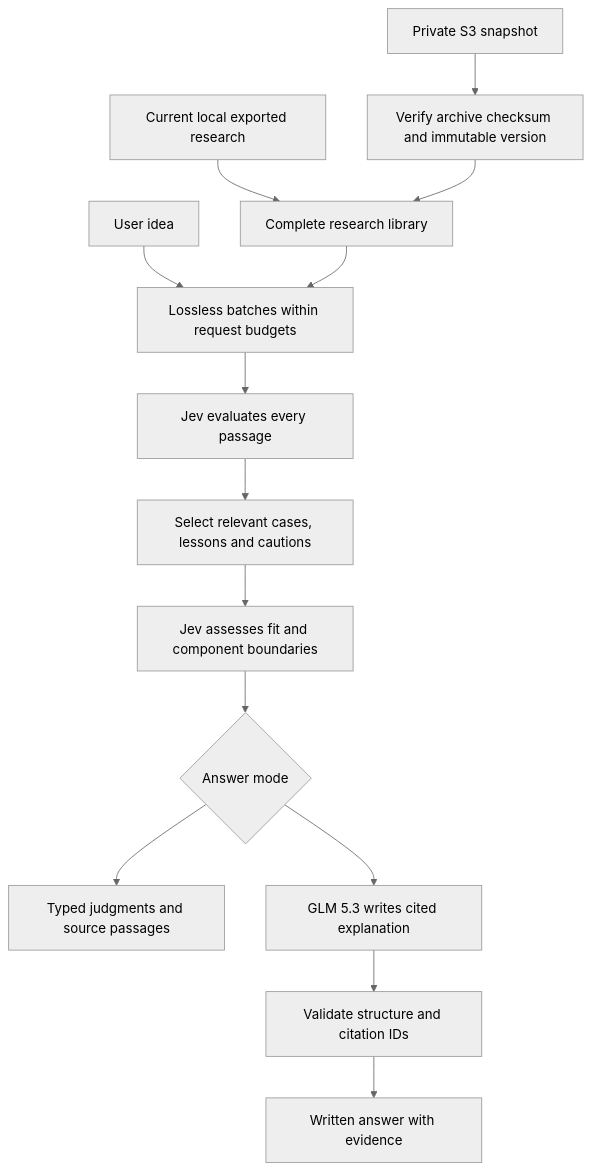
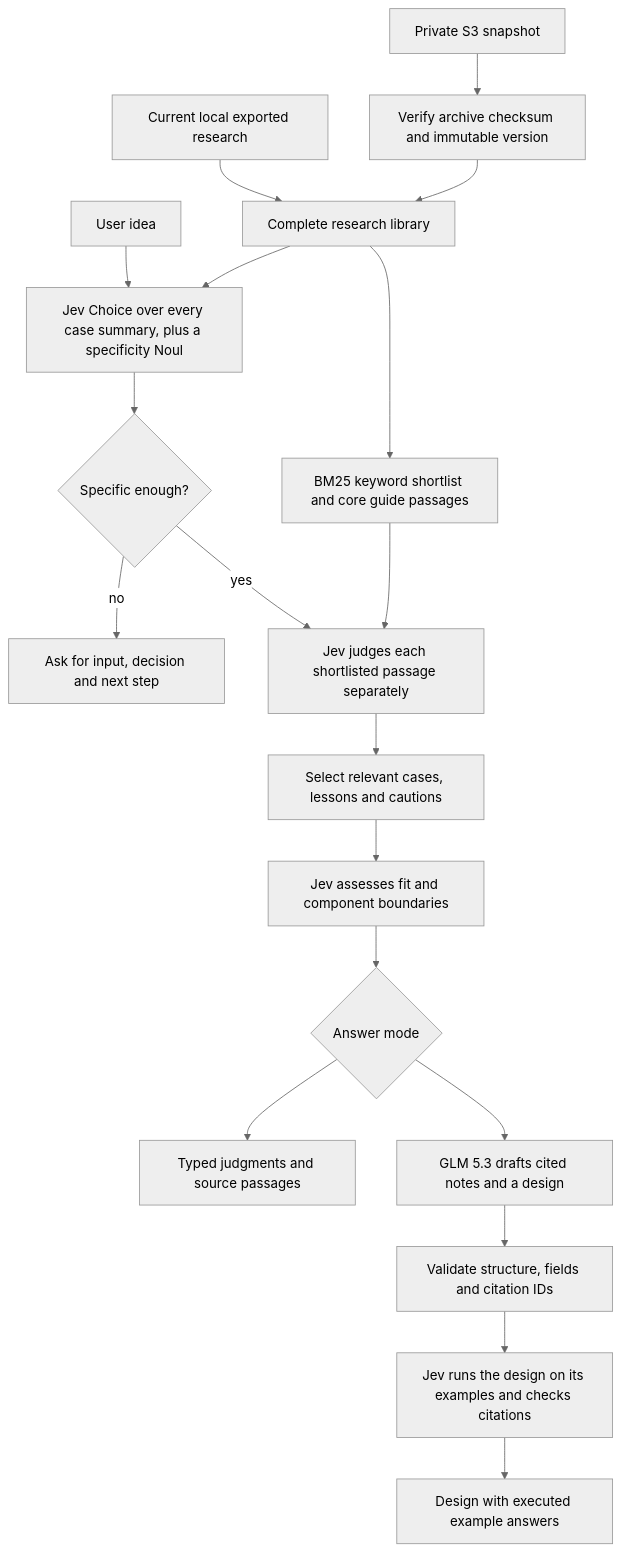
The diagram in docs/bot-knowledge-flow.md (venumadhav7484/jev-bot), drawn with Mermaid (neutral theme) before and after one commit. The commit also changed other lines of this file and 26 other files, not shown here.

````diff
--- a/docs/bot-knowledge-flow.md
+++ b/docs/bot-knowledge-flow.md
@@ -10,16 +10,21 @@
 ```mermaid
 flowchart TD
     L[Current local exported research] --> C[Complete research library]
     S[Private S3 snapshot] --> V[Verify archive checksum and immutable version]
     V --> C
-    I[User idea] --> B[Lossless batches within request budgets]
-    C --> B
-    B --> J[Jev evaluates every passage]
+    I[User idea] --> R[Jev Choice over every case summary, plus a specificity Noul]
+    C --> K[BM25 keyword shortlist and core guide passages]
+    C --> R
+    R --> D{Specific enough?}
+    D -- no --> N[Ask for input, decision and next step]
+    D -- yes --> J[Jev judges each shortlisted passage separately]
+    K --> J
     J --> E[Select relevant cases, lessons and cautions]
     E --> F[Jev assesses fit and component boundaries]
     F --> M{Answer mode}
     M --> O[Typed judgments and source passages]
-    M --> W[GLM 5.3 writes cited explanation]
-    W --> Q[Validate structure and citation IDs]
-    Q --> A[Written answer with evidence]
+    M --> W[GLM 5.3 drafts cited notes and a design]
+    W --> Q[Validate structure, fields and citation IDs]
+    Q --> X[Jev runs the design on its examples and checks citations]
+    X --> A[Design with executed example answers]
 ```
````
